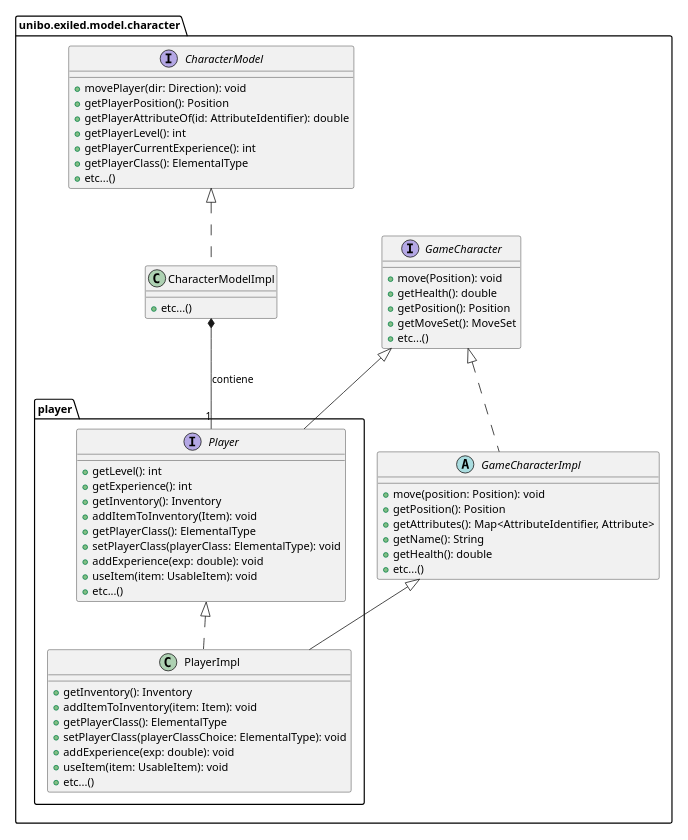
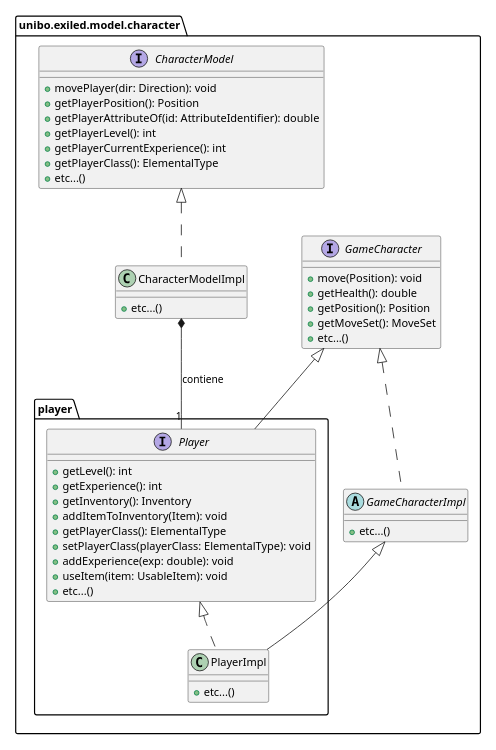
One commit to unibo-oop-projects/OOP23-Baldoni-Beylax-Casadei-MarcoMagnani03-Pazzaglia-exiled changed the diagram in docs/player/the-exiled-player-uml.puml. Above: the diagram before and after it, drawn with PlantUML. The commit also changed 1 other file, not shown here.

Commit message:
Edit player UML in report.tex

```diff
--- a/docs/player/the-exiled-player-uml.puml
+++ b/docs/player/the-exiled-player-uml.puml
@@ -1,66 +1,55 @@
 @startuml
 scale 0.5
 set separator none
 package unibo.exiled.model.character
 {
   interface GameCharacter {
       + move(Position): void
       + getHealth(): double
       + getPosition(): Position
       + getMoveSet(): MoveSet
       + etc...()
   }
   
   abstract class GameCharacterImpl implements GameCharacter {
-      + move(position: Position): void
-      + getPosition(): Position
-      + getAttributes(): Map<AttributeIdentifier, Attribute>
-      + getName(): String
-      + getHealth(): double
       + etc...()
   }
   
   package player{
     interface Player extends GameCharacter {
         + getLevel(): int
         + getExperience(): int
         + getInventory(): Inventory
         + addItemToInventory(Item): void
         + getPlayerClass(): ElementalType
         + setPlayerClass(playerClass: ElementalType): void
         + addExperience(exp: double): void
         + useItem(item: UsableItem): void
         + etc...()
     }
     
     class PlayerImpl extends GameCharacterImpl implements Player {
-        + getInventory(): Inventory
-        + addItemToInventory(item: Item): void
-        + getPlayerClass(): ElementalType
-        + setPlayerClass(playerClassChoice: ElementalType): void
-        + addExperience(exp: double): void
-        + useItem(item: UsableItem): void
         + etc...()
     }
   }
   
 
   
   interface CharacterModel {
       + movePlayer(dir: Direction): void
       + getPlayerPosition(): Position
       + getPlayerAttributeOf(id: AttributeIdentifier): double
       + getPlayerLevel(): int
       + getPlayerCurrentExperience(): int
       + getPlayerClass(): ElementalType
       + etc...()
   }
   
   class CharacterModelImpl implements CharacterModel {
        + etc...()
   }
 }
 
 CharacterModelImpl *-- "1" Player : contiene
 
 @enduml
```
